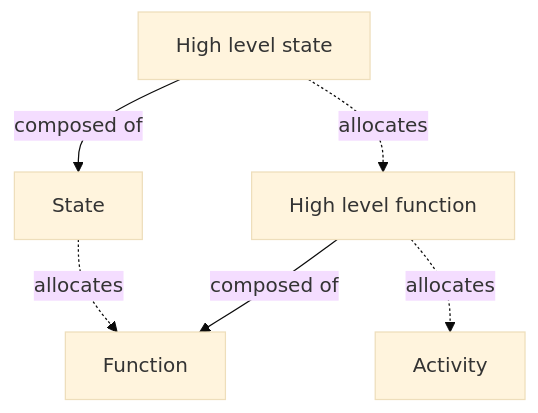
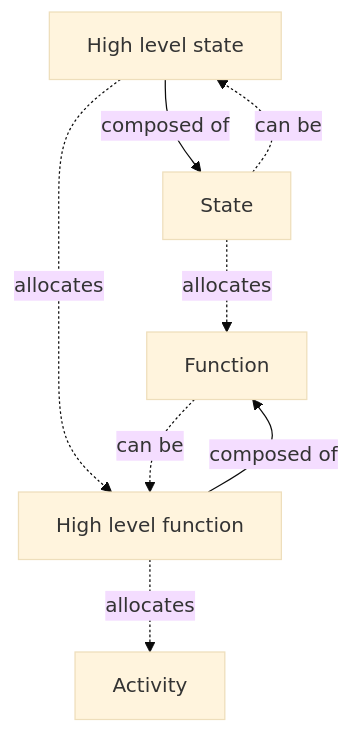
The fifth of 6 diagrams in glossary.md (3se-framework/3se-onto), drawn with Mermaid (base theme) before and after one commit. The commit also changed other lines of this file, not shown here.

````diff
--- a/glossary.md
+++ b/glossary.md
@@ -2342,14 +2364,16 @@
 ```mermaid
 flowchart TD
     N1["High level state"]
     N2["State"]
     N3["High level function"]
     N4["Function"]
     N5["Activity"]
 
     N1 -->|composed of| N2
     N1 -.->|allocates| N3
     N2 -.->|allocates| N4
+    N2 -.->|can be| N1
+    N4 -.->|can be| N3
     N3 -->|composed of| N4
     N3 -.->|allocates| N5
 ```
````
